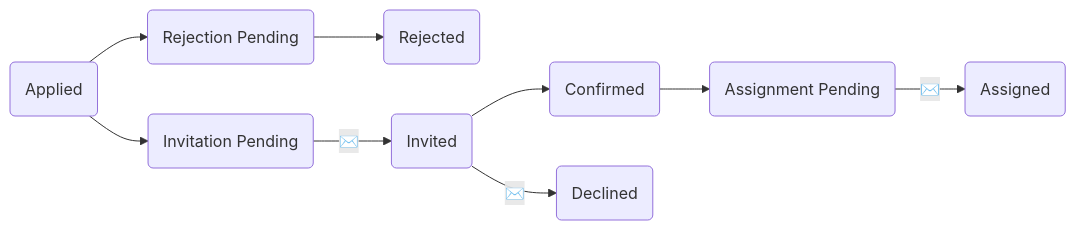
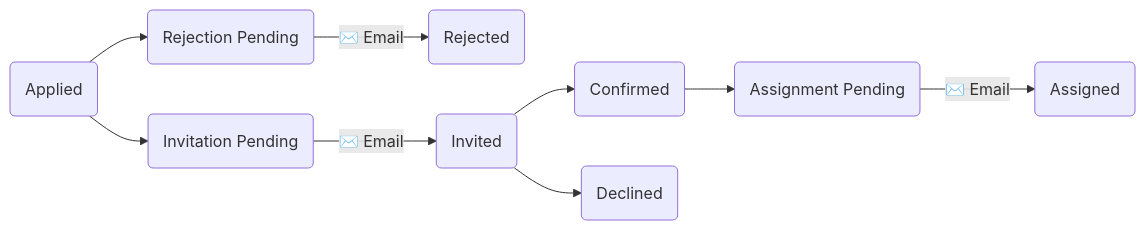
The second of 2 diagrams in docs/src/staffing.md (davidmreed/stave), drawn with Mermaid before and after one commit. The commit also changed other lines of this file, not shown here.

````diff
--- a/docs/src/staffing.md
+++ b/docs/src/staffing.md
@@ -30,11 +30,11 @@
 ```mermaid
 flowchart LR
     A(Applied) --> B(Invitation Pending)
     A --> C(Rejection Pending)
-    C --> F(Rejected)
-    B -->|✉️| E(Invited)
+    C -->|✉️ Email| F(Rejected)
+    B -->|✉️ Email| E(Invited)
     E --> G(Confirmed)
     G --> Q(Assignment Pending)
-    Q -->|✉️| Z(Assigned)
-    E -->|✉️| J(Declined)
+    Q -->|✉️ Email| Z(Assigned)
+    E --> J(Declined)
 ```
````
